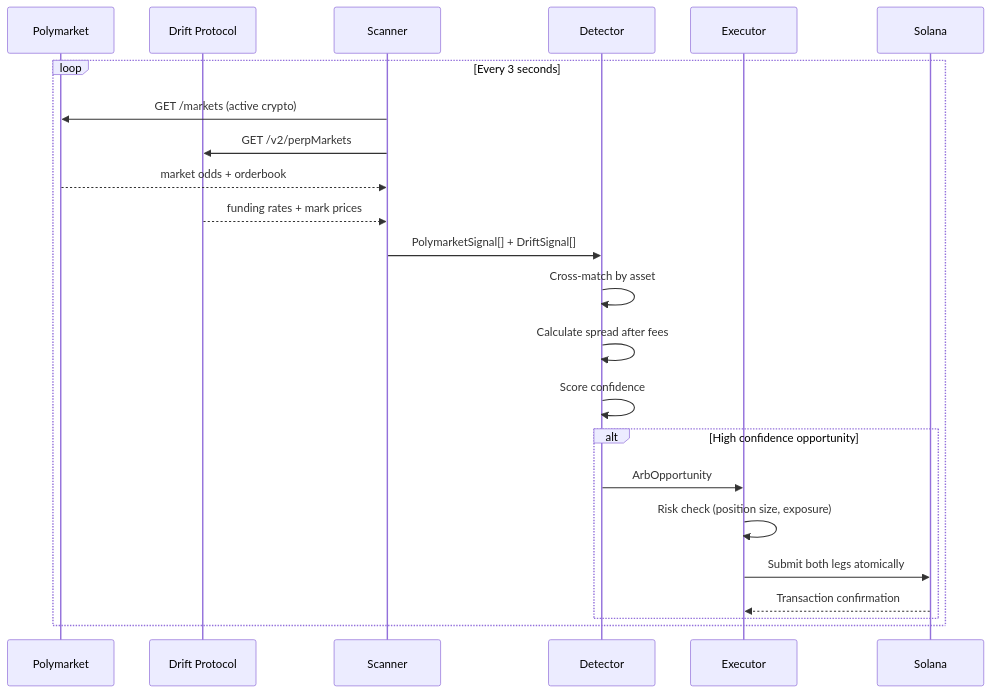
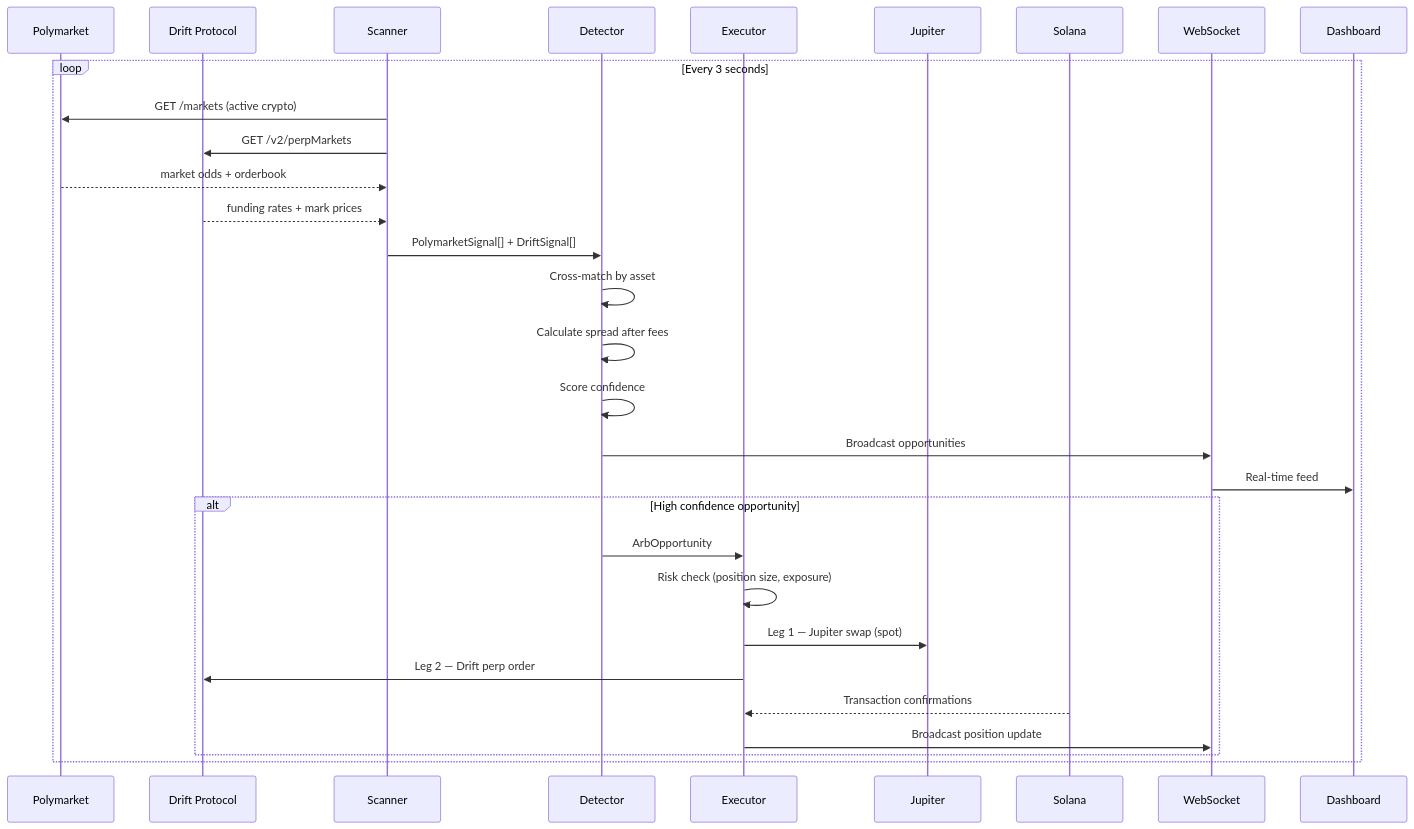
One commit to yeheskieltame/solarb-agent changed the second of 3 diagrams in README.md. Above: the diagram before and after it, drawn with Mermaid. The commit also changed other lines of this file and 3 other files, not shown here.

Commit message:
Implement trade execution via Jupiter and Drift, and update documentation to reflect completed modules and architecture.

````diff
--- a/README.md
+++ b/README.md
@@ -110,26 +110,33 @@
 ```mermaid
 sequenceDiagram
     participant P as Polymarket
     participant D as Drift Protocol
     participant S as Scanner
     participant Det as Detector
     participant E as Executor
+    participant J as Jupiter
     participant Sol as Solana
+    participant WS as WebSocket
+    participant UI as Dashboard
 
     loop Every 3 seconds
         S->>P: GET /markets (active crypto)
         S->>D: GET /v2/perpMarkets
         P-->>S: market odds + orderbook
         D-->>S: funding rates + mark prices
         S->>Det: PolymarketSignal[] + DriftSignal[]
         Det->>Det: Cross-match by asset
         Det->>Det: Calculate spread after fees
         Det->>Det: Score confidence
+        Det->>WS: Broadcast opportunities
+        WS->>UI: Real-time feed
         alt High confidence opportunity
             Det->>E: ArbOpportunity
             E->>E: Risk check (position size, exposure)
-            E->>Sol: Submit both legs atomically
-            Sol-->>E: Transaction confirmation
+            E->>J: Leg 1 — Jupiter swap (spot)
+            E->>D: Leg 2 — Drift perp order
+            Sol-->>E: Transaction confirmations
+            E->>WS: Broadcast position update
         end
     end
 ```
````
